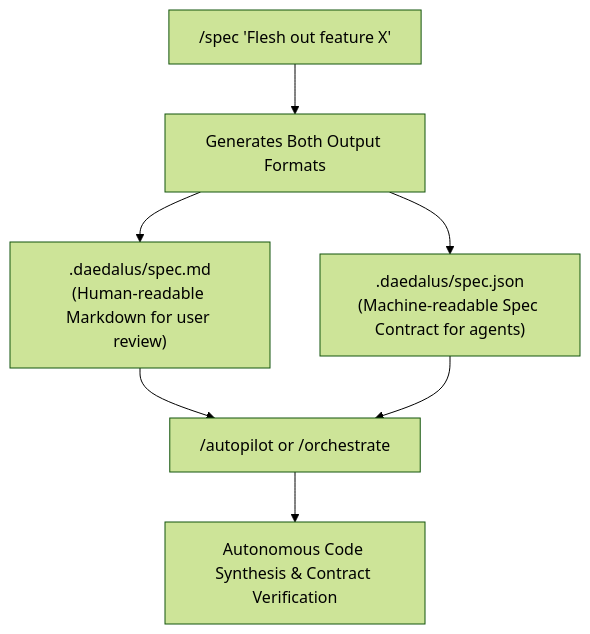
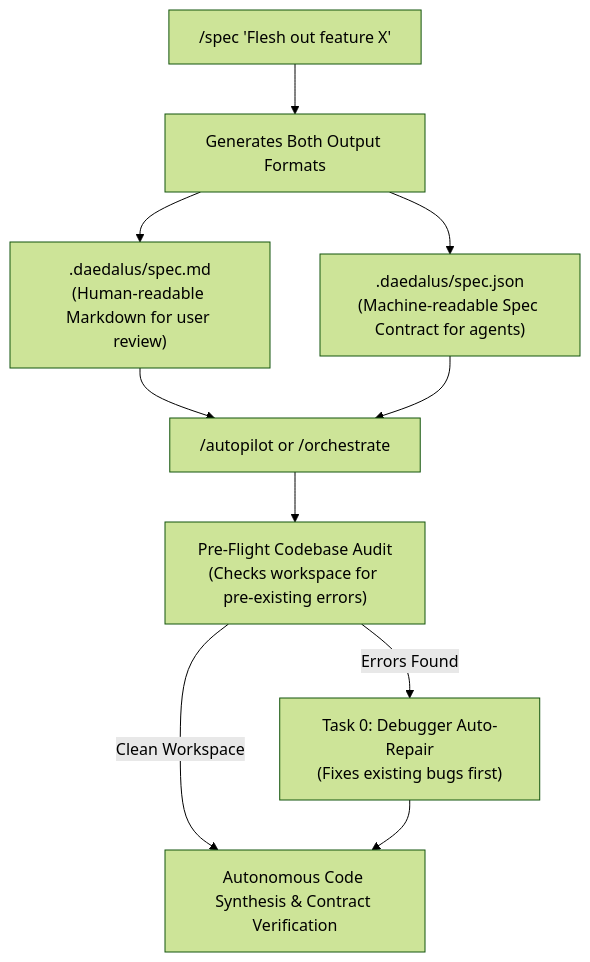
One commit to bgill55/daedalus changed the diagram in docs/orchestration.md. Above: the diagram before and after it, drawn with Mermaid (forest theme). The commit also changed 1 other file, not shown here.

Commit message:
docs: update Mermaid workflow diagrams to include Pre-Flight Codebase Audit & Debugger Task 0

````diff
--- a/docs/orchestration.md
+++ b/docs/orchestration.md
@@ -36,12 +36,15 @@
 ```mermaid
 graph TD
     UserSpec["/spec 'Flesh out feature X'"] --> BothDocs[Generates Both Output Formats]
     
     BothDocs --> SpecMD[".daedalus/spec.md<br/>(Human-readable Markdown for user review)"]
     BothDocs --> SpecJSON[".daedalus/spec.json<br/>(Machine-readable Spec Contract for agents)"]
     
     SpecMD --> Execution["/autopilot or /orchestrate"]
     SpecJSON --> Execution
     
-    Execution --> Result["Autonomous Code Synthesis & Contract Verification"]
+    Execution --> PreFlight["Pre-Flight Codebase Audit<br/>(Checks workspace for pre-existing errors)"]
+    PreFlight -->|Errors Found| Task0["Task 0: Debugger Auto-Repair<br/>(Fixes existing bugs first)"]
+    PreFlight -->|Clean Workspace| Synthesis["Autonomous Code Synthesis & Contract Verification"]
+    Task0 --> Synthesis
 ```
````
